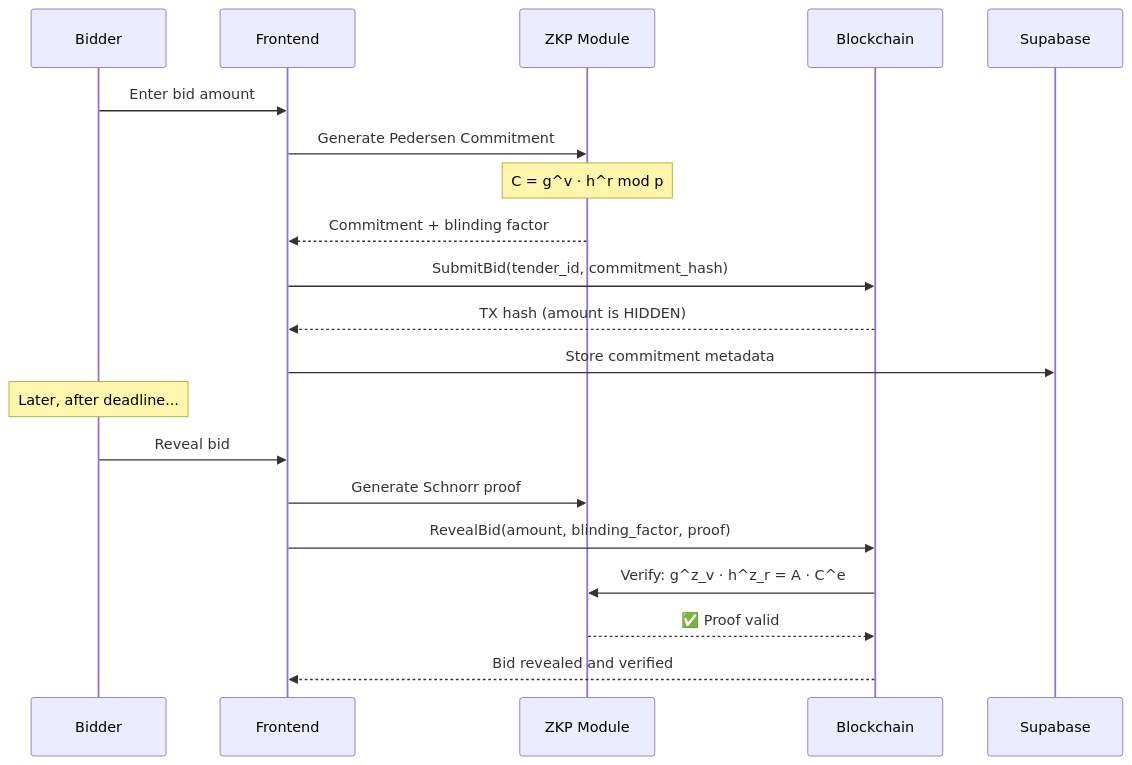
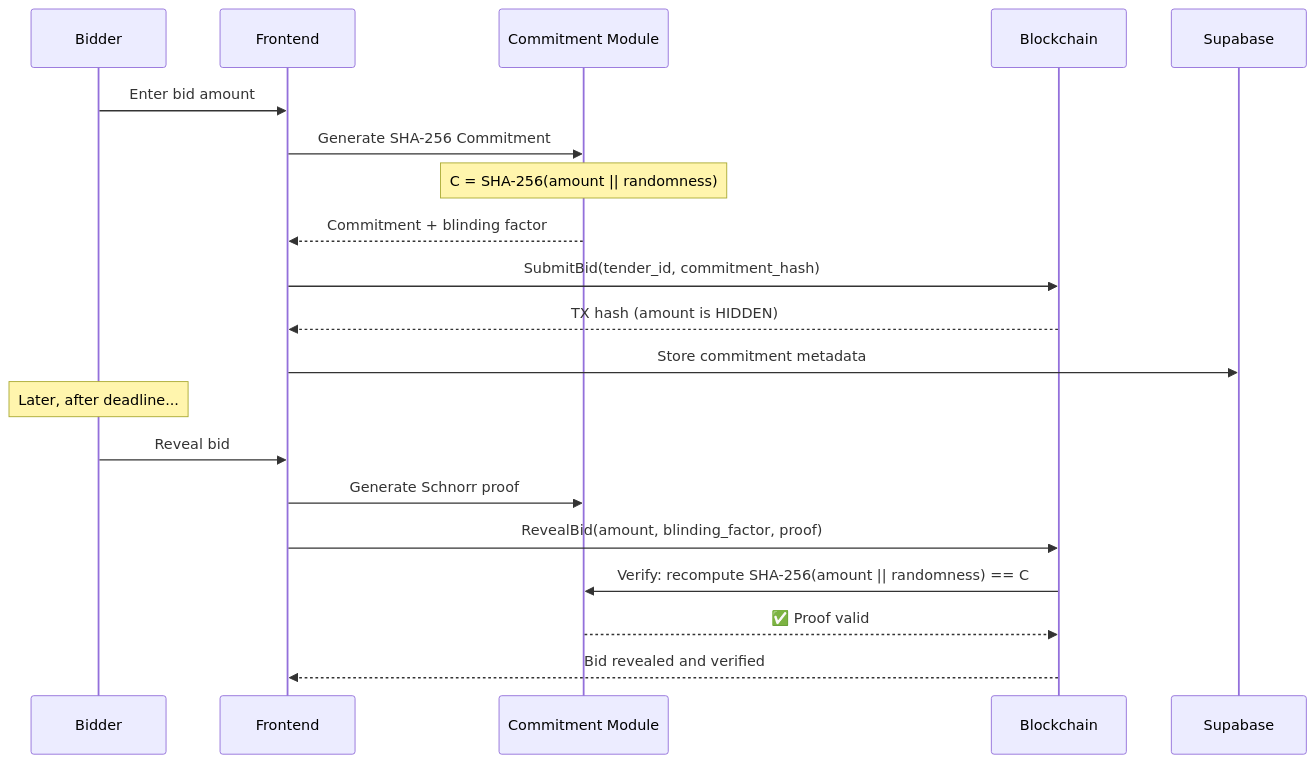
The second of 4 diagrams in docs/DATA-FLOW.md (chinmaykhatri/Tender-shield), drawn with Mermaid before and after one commit. The commit also changed other lines of this file and 74 other files, not shown here.

````diff
--- a/docs/DATA-FLOW.md
+++ b/docs/DATA-FLOW.md
@@ -44,25 +44,25 @@
 ```mermaid
 sequenceDiagram
     participant B as Bidder
     participant F as Frontend
-    participant ZKP as ZKP Module
+    participant ZKP as Commitment Module
     participant BC as Blockchain
     participant DB as Supabase
 
     B->>F: Enter bid amount
-    F->>ZKP: Generate Pedersen Commitment
-    Note over ZKP: C = g^v · h^r mod p
+    F->>ZKP: Generate SHA-256 Commitment
+    Note over ZKP: C = SHA-256(amount || randomness)
     ZKP-->>F: Commitment + blinding factor
 
     F->>BC: SubmitBid(tender_id, commitment_hash)
     BC-->>F: TX hash (amount is HIDDEN)
     F->>DB: Store commitment metadata
 
     Note over B: Later, after deadline...
     B->>F: Reveal bid
     F->>ZKP: Generate Schnorr proof
     F->>BC: RevealBid(amount, blinding_factor, proof)
-    BC->>ZKP: Verify: g^z_v · h^z_r = A · C^e
+    BC->>ZKP: Verify: recompute SHA-256(amount || randomness) == C
     ZKP-->>BC: ✅ Proof valid
     BC-->>F: Bid revealed and verified
 ```
````
